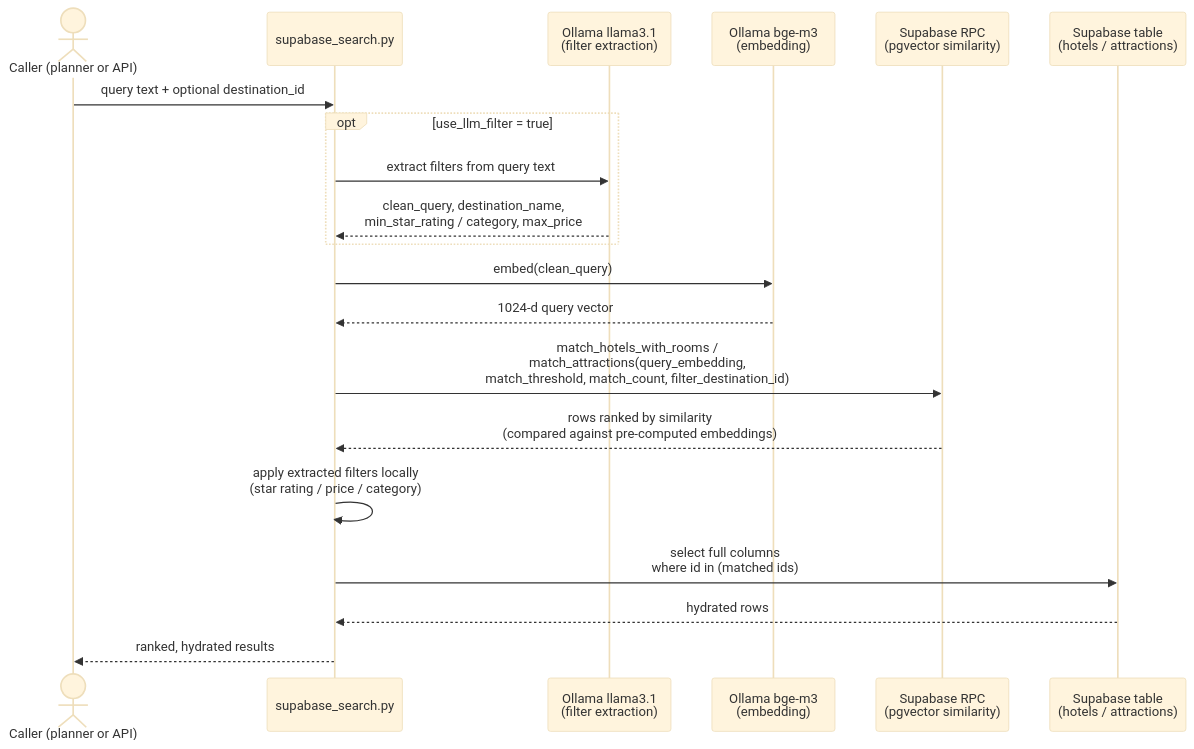
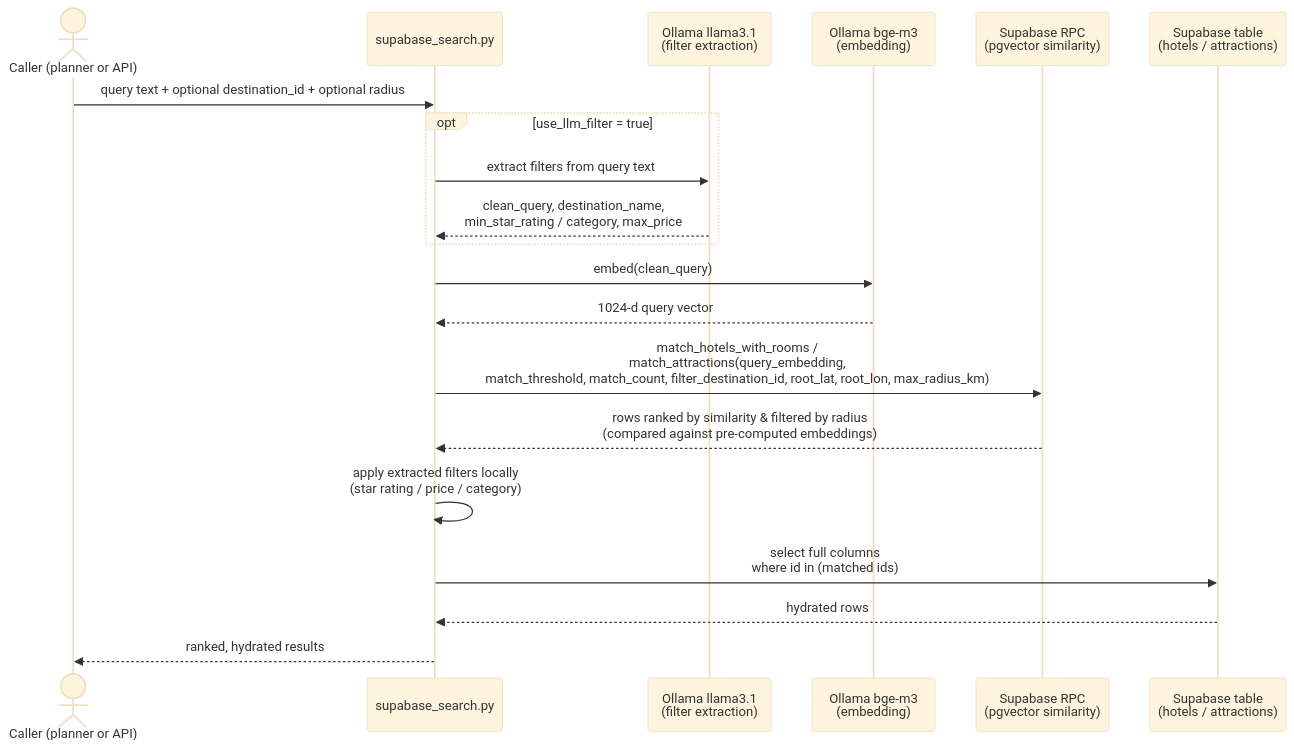
The third of 4 diagrams in docs/architecture/agent_workflow_and_semantic_search_stack.md (0infinitive0/VSF-Intern-project), drawn with Mermaid (base theme) before and after one commit. The commit also changed other lines of this file and 15 other files, not shown here.

````diff
--- a/docs/architecture/agent_workflow_and_semantic_search_stack.md
+++ b/docs/architecture/agent_workflow_and_semantic_search_stack.md
@@ -199,23 +199,23 @@
 ```mermaid
 sequenceDiagram
     actor U as Caller (planner or API)
     participant App as supabase_search.py
     participant LLM as Ollama llama3.1<br/>(filter extraction)
     participant Emb as Ollama bge-m3<br/>(embedding)
     participant RPC as Supabase RPC<br/>(pgvector similarity)
     participant Tbl as Supabase table<br/>(hotels / attractions)
 
-    U->>App: query text + optional destination_id
+    U->>App: query text + optional destination_id + optional radius
     opt use_llm_filter = true
         App->>LLM: extract filters from query text
         LLM-->>App: clean_query, destination_name,<br/>min_star_rating / category, max_price
     end
     App->>Emb: embed(clean_query)
     Emb-->>App: 1024-d query vector
-    App->>RPC: match_hotels_with_rooms /<br/>match_attractions(query_embedding,<br/>match_threshold, match_count, filter_destination_id)
-    RPC-->>App: rows ranked by similarity<br/>(compared against pre-computed embeddings)
+    App->>RPC: match_hotels_with_rooms /<br/>match_attractions(query_embedding,<br/>match_threshold, match_count, filter_destination_id, root_lat, root_lon, max_radius_km)
+    RPC-->>App: rows ranked by similarity & filtered by radius<br/>(compared against pre-computed embeddings)
     App->>App: apply extracted filters locally<br/>(star rating / price / category)
     App->>Tbl: select full columns<br/>where id in (matched ids)
     Tbl-->>App: hydrated rows
     App-->>U: ranked, hydrated results
 ```
````
